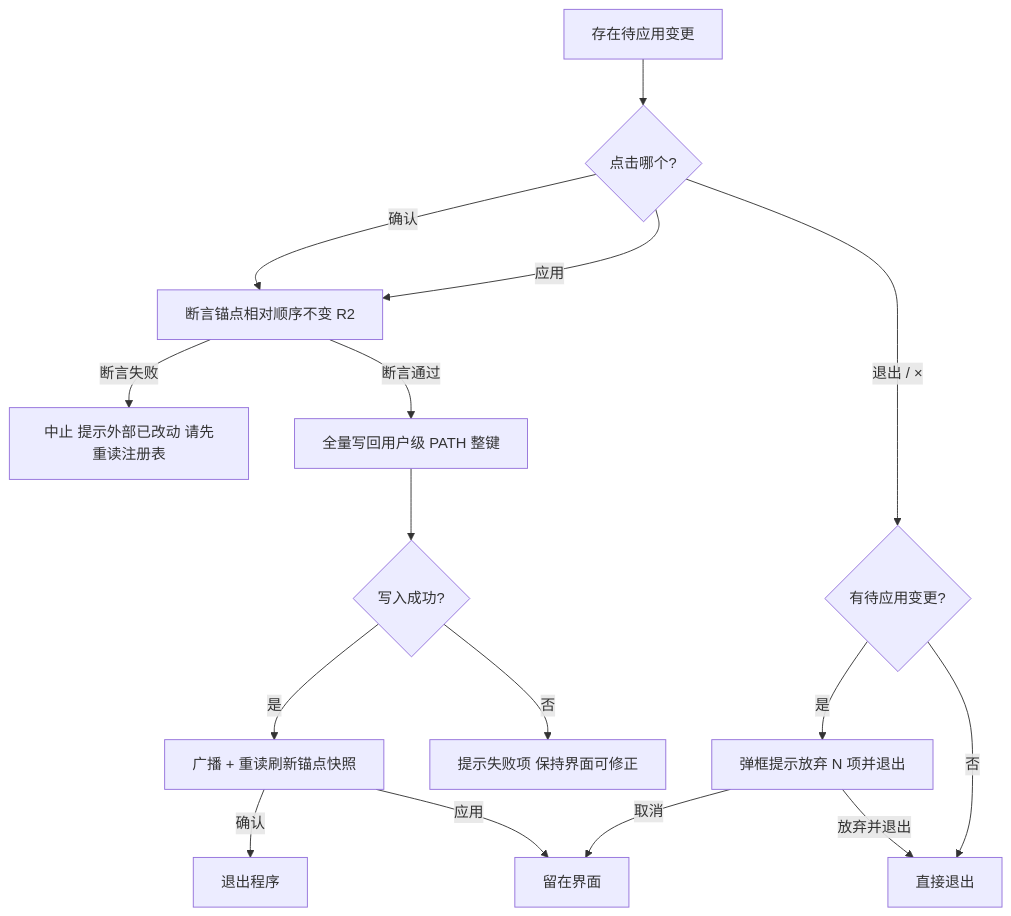
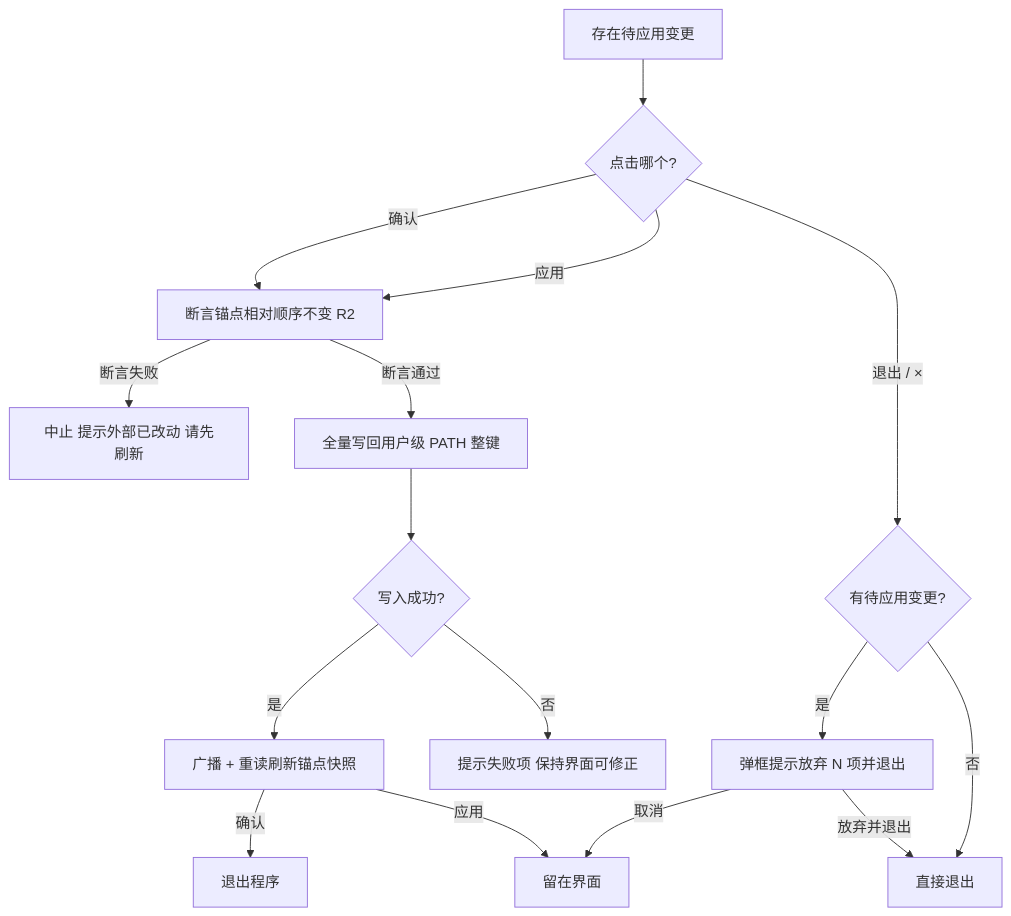
Before and after one commit to Adrts/tool2path: the fourth of 8 diagrams in design/Design Doc.md, drawn with Mermaid. The commit also changed other lines of this file and 4 other files, not shown here.

````diff
--- a/design/Design Doc.md
+++ b/design/Design Doc.md
@@ -372,18 +446,18 @@
 ```mermaid
 flowchart TD
   A[存在待应用变更] --> B{点击哪个?}
   B -- 应用 --> C[断言锚点相对顺序不变 R2]
   B -- 确认 --> C
   B -- 退出 / × --> D{有待应用变更?}
   D -- 是 --> D1[弹框提示放弃 N 项并退出]
   D -- 否 --> D2[直接退出]
   D1 -- 放弃并退出 --> D2
   D1 -- 取消 --> E[留在界面]
-  C -- 断言失败 --> C1[中止 提示外部已改动 请先重读注册表]
+  C -- 断言失败 --> C1[中止 提示外部已改动 请先刷新]
   C -- 断言通过 --> F[全量写回用户级 PATH 整键]
   F --> G{写入成功?}
   G -- 否 --> G1[提示失败项 保持界面可修正]
   G -- 是 --> H[广播 + 重读刷新锚点快照]
   H -- 应用 --> E
   H -- 确认 --> I[退出程序]
 ```
````
